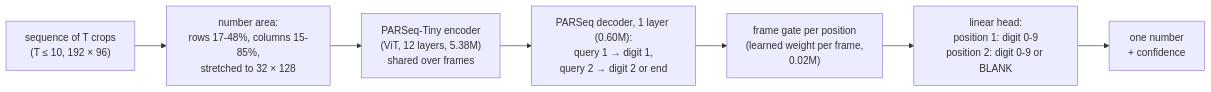
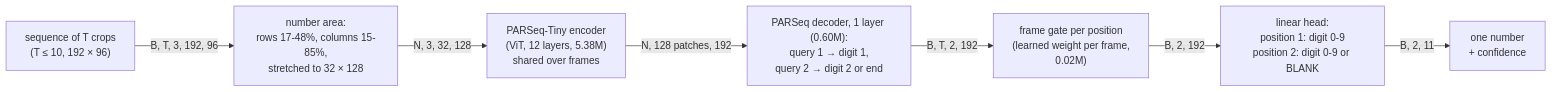
One commit to alexandreplomp/temporal-jersey-number-recognition changed the diagram in REPORT.md. Above: the diagram before and after it, drawn with Mermaid. The commit also changed other lines of this file and 1 other file, not shown here.

````diff
--- a/REPORT.md
+++ b/REPORT.md
@@ -36,9 +67,9 @@
 ```mermaid
 flowchart LR
-    S["sequence of T crops<br/>(T ≤ 10, 192 × 96)"] --> C["number area:<br/>rows 17-48%, columns 15-85%,<br/>stretched to 32 × 128"]
-    C --> E["PARSeq-Tiny encoder<br/>(ViT, 12 layers, 5.38M)<br/>shared over frames"]
-    E --> D["PARSeq decoder, 1 layer (0.60M):<br/>query 1 → digit 1,<br/>query 2 → digit 2 or end"]
-    D --> G["frame gate per position<br/>(learned weight per frame,<br/>0.02M)"]
-    G --> H["linear head:<br/>position 1: digit 0-9<br/>position 2: digit 0-9 or BLANK"]
-    H --> N["one number<br/>+ confidence"]
+    S["sequence of T crops<br/>(T ≤ 10, 192 × 96)"] -->|"B, T, 3, 192, 96"| C["number area:<br/>rows 17-48%, columns 15-85%,<br/>stretched to 32 × 128"]
+    C -->|"N, 3, 32, 128"| E["PARSeq-Tiny encoder<br/>(ViT, 12 layers, 5.38M)<br/>shared over frames"]
+    E -->|"N, 128 patches, 192"| D["PARSeq decoder, 1 layer (0.60M):<br/>query 1 → digit 1,<br/>query 2 → digit 2 or end"]
+    D -->|"B, T, 2, 192"| G["frame gate per position<br/>(learned weight per frame,<br/>0.02M)"]
+    G -->|"B, 2, 192"| H["linear head:<br/>position 1: digit 0-9<br/>position 2: digit 0-9 or BLANK"]
+    H -->|"B, 2, 11"| N["one number<br/>+ confidence"]
 ```
````
